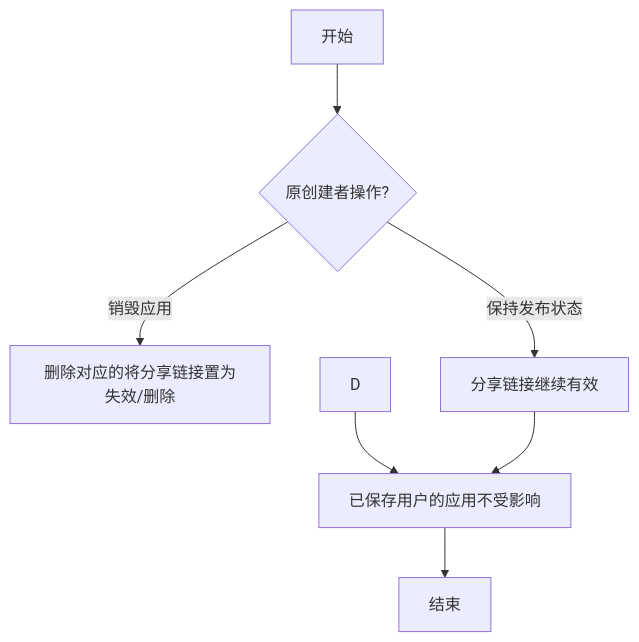
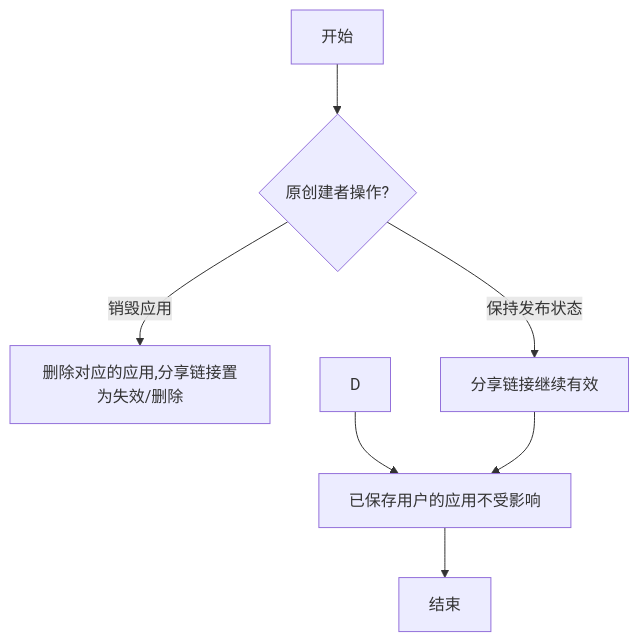
Before and after one commit to yingjianzh/iodraw-files: the diagram in all/未命名-64.md, drawn with Mermaid.

Commit message:
2025-05-21 18:33:21 update

````diff
--- a/all/未命名-64.md
+++ b/all/未命名-64.md
@@ -1,10 +1,10 @@
 ```mermaid
 flowchart TD
     A[开始] --> B{原创建者操作?}
-    B -->|销毁应用| C[删除对应的将分享链接置为失效/删除]
+    B -->|销毁应用| C[删除对应的应用,分享链接置为失效/删除]
    
     B -->|保持发布状态| E[分享链接继续有效]
     D --> F[已保存用户的应用不受影响]
     E --> F
     F --> G[结束]
 ```
````
